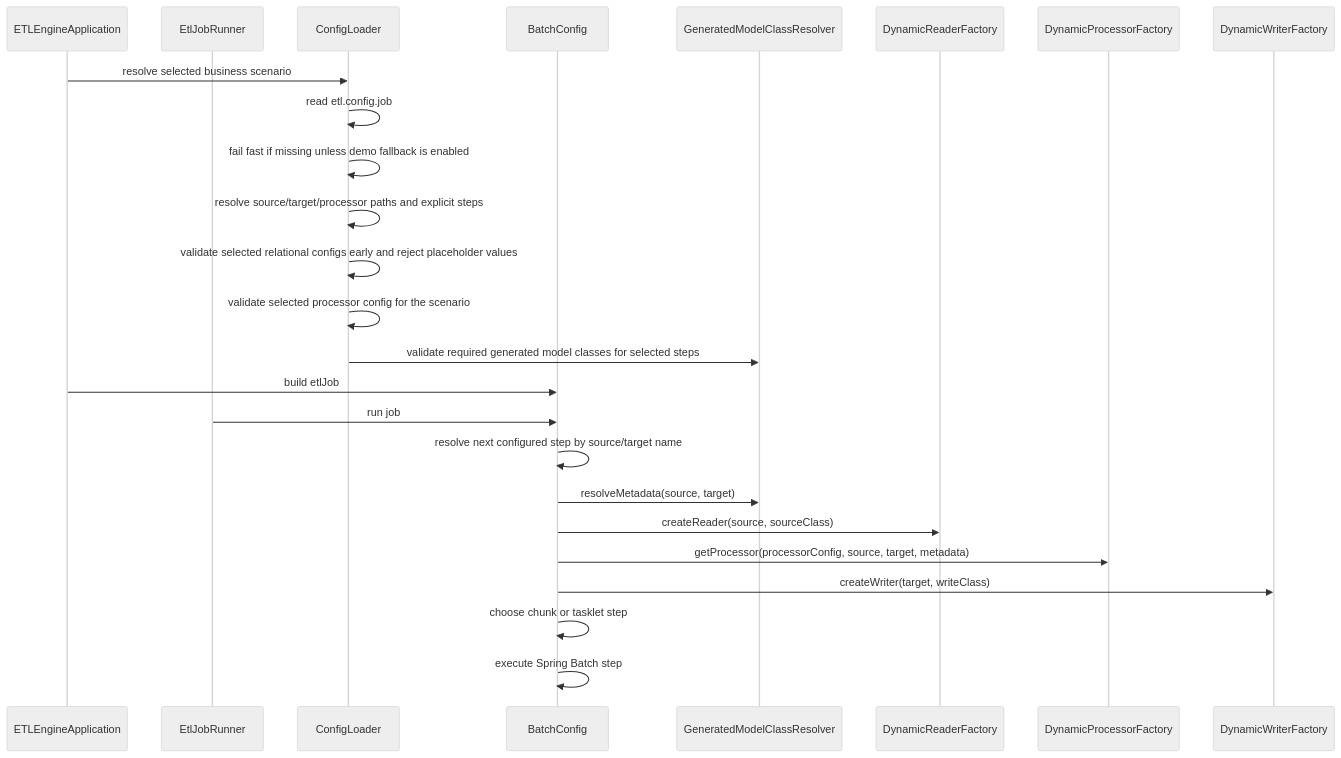
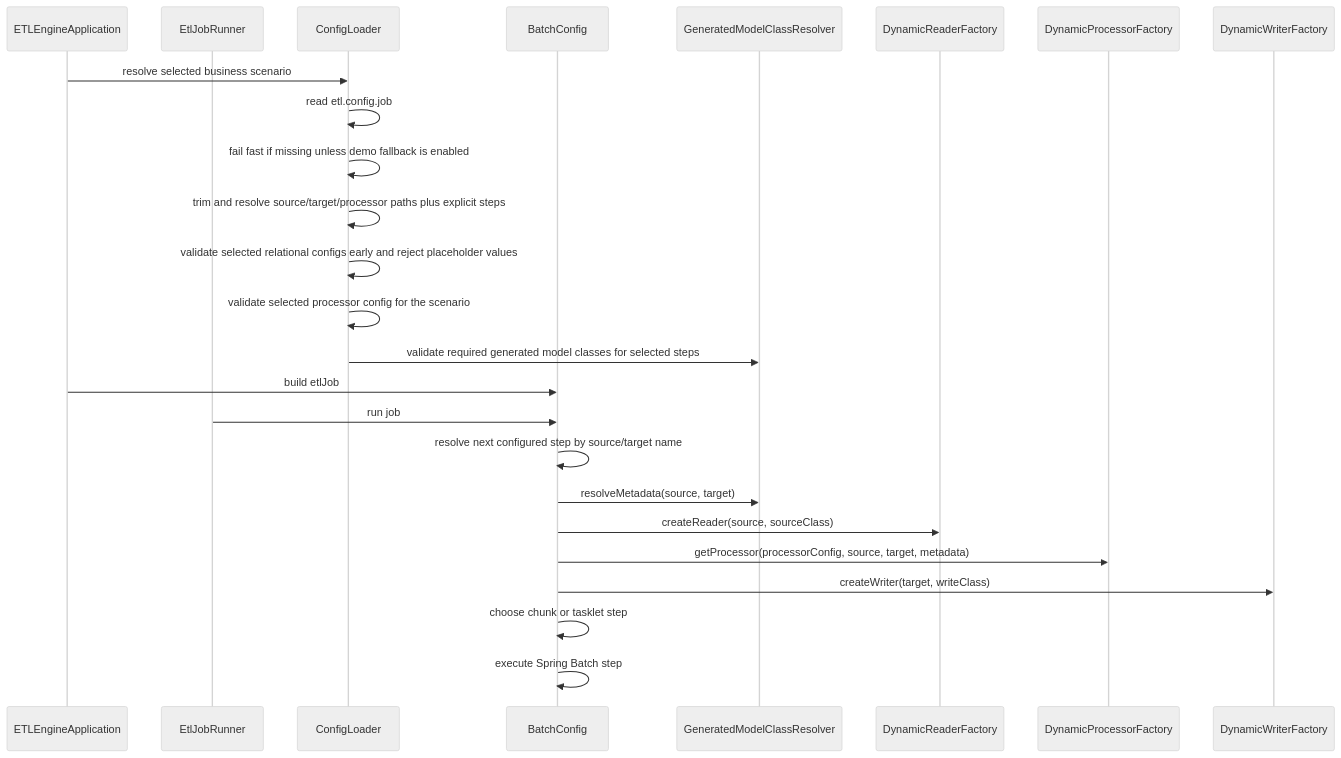
One commit to kbalanandam/spring-etl-engine changed the second of 6 diagrams in docs/architecture/runtime-flow.md. Above: the diagram before and after it, drawn with Mermaid (neutral theme). The commit also changed other lines of this file and 11 other files, not shown here.

Commit message:
test(flow): expand XML flow coverage and clean up ConfigLoader

````diff
--- a/docs/architecture/runtime-flow.md
+++ b/docs/architecture/runtime-flow.md
@@ -63,28 +63,28 @@
 ```mermaid
 sequenceDiagram
     participant App as ETLEngineApplication
     participant Runner as EtlJobRunner
     participant Loader as ConfigLoader
     participant Batch as BatchConfig
     participant Resolver as GeneratedModelClassResolver
     participant ReaderF as DynamicReaderFactory
     participant ProcF as DynamicProcessorFactory
     participant WriterF as DynamicWriterFactory
 
     App->>Loader: resolve selected business scenario
     Loader->>Loader: read etl.config.job
     Loader->>Loader: fail fast if missing unless demo fallback is enabled
-    Loader->>Loader: resolve source/target/processor paths and explicit steps
+    Loader->>Loader: trim and resolve source/target/processor paths plus explicit steps
     Loader->>Loader: validate selected relational configs early and reject placeholder values
     Loader->>Loader: validate selected processor config for the scenario
     Loader->>Resolver: validate required generated model classes for selected steps
     App->>Batch: build etlJob
     Runner->>Batch: run job
     Batch->>Batch: resolve next configured step by source/target name
     Batch->>Resolver: resolveMetadata(source, target)
     Batch->>ReaderF: createReader(source, sourceClass)
     Batch->>ProcF: getProcessor(processorConfig, source, target, metadata)
     Batch->>WriterF: createWriter(target, writeClass)
     Batch->>Batch: choose chunk or tasklet step
     Batch->>Batch: execute Spring Batch step
 ```
````
